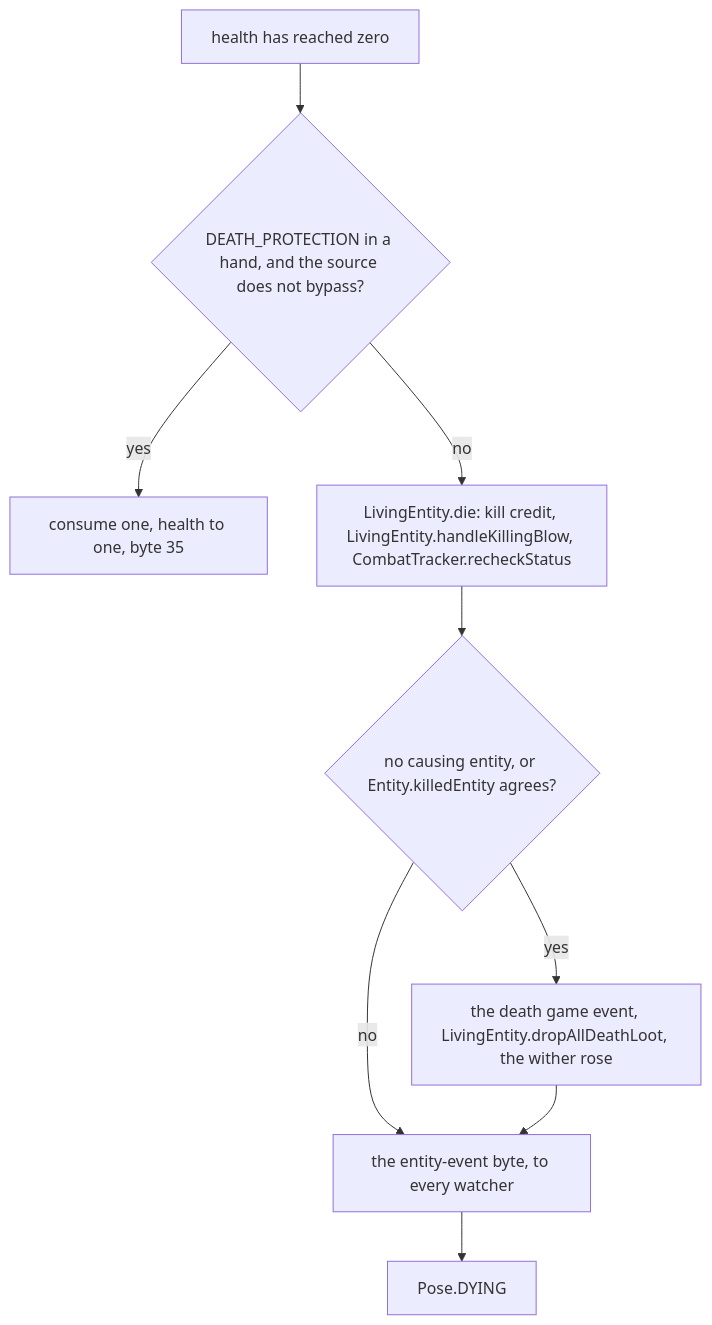
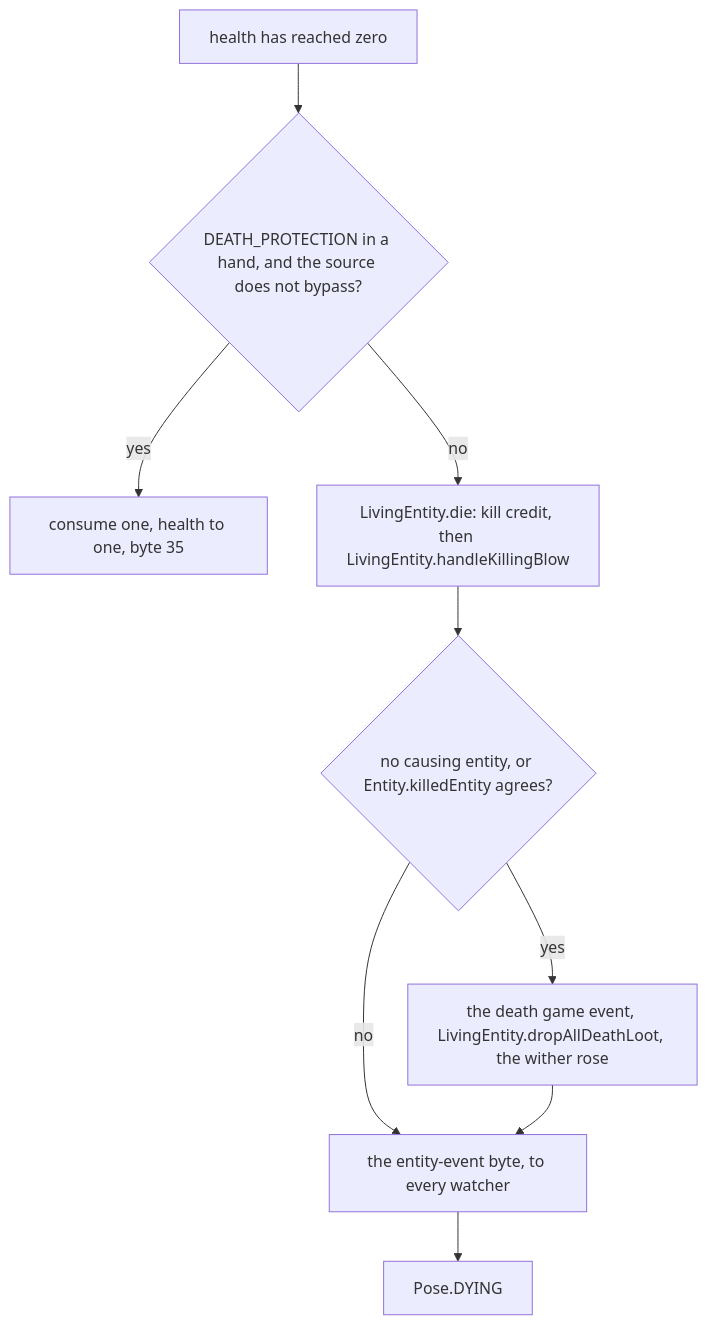
One commit to AlexanderjFraser/MinecraftDocs changed the third of 3 diagrams in src/systems/entities/damage-and-death.md. Above: the diagram before and after it, drawn with Mermaid. The commit also changed other lines of this file and 21 other files, not shown here.

````diff
--- a/src/systems/entities/damage-and-death.md
+++ b/src/systems/entities/damage-and-death.md
@@ -337,19 +343,19 @@
 ```mermaid
 flowchart TD
     Z["health has reached zero"]
     T{"DEATH_PROTECTION in a hand, and the source does not bypass?"}
     TOT["consume one, health to one, byte 35"]
-    D["LivingEntity.die: kill credit, LivingEntity.handleKillingBlow, CombatTracker.recheckStatus"]
+    D["LivingEntity.die: kill credit, then LivingEntity.handleKillingBlow"]
     V{"no causing entity, or Entity.killedEntity agrees?"}
     L["the death game event, LivingEntity.dropAllDeathLoot, the wither rose"]
     B["the entity-event byte, to every watcher"]
     P["Pose.DYING"]
     Z --> T
     T -- "yes" --> TOT
     T -- "no" --> D
     D --> V
     V -- "yes" --> L
     V -- "no" --> B
     L --> B
     B --> P
 ```
````
